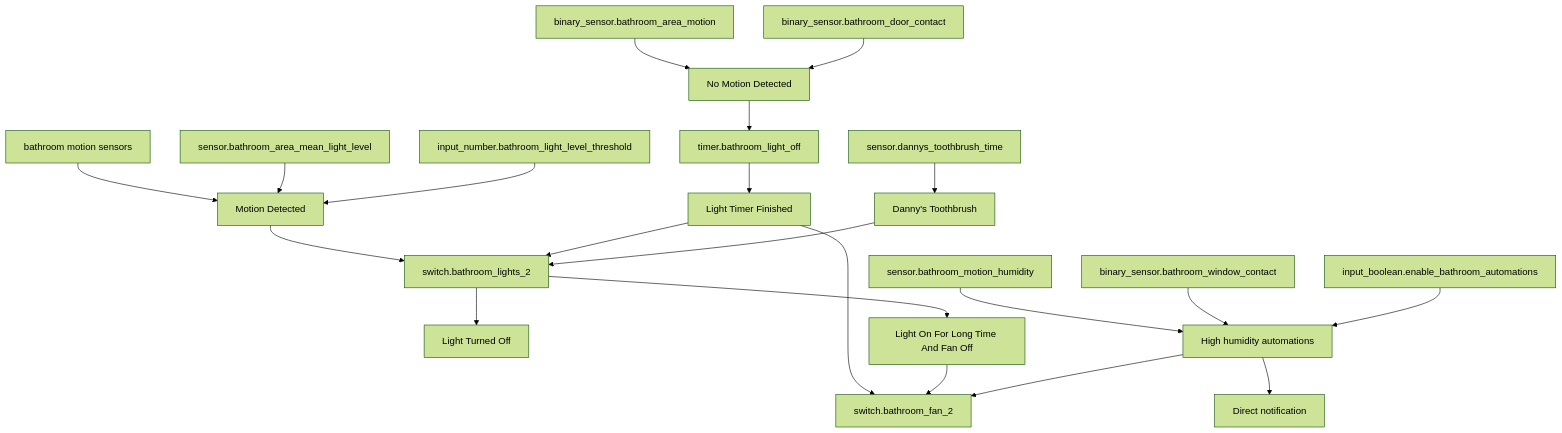
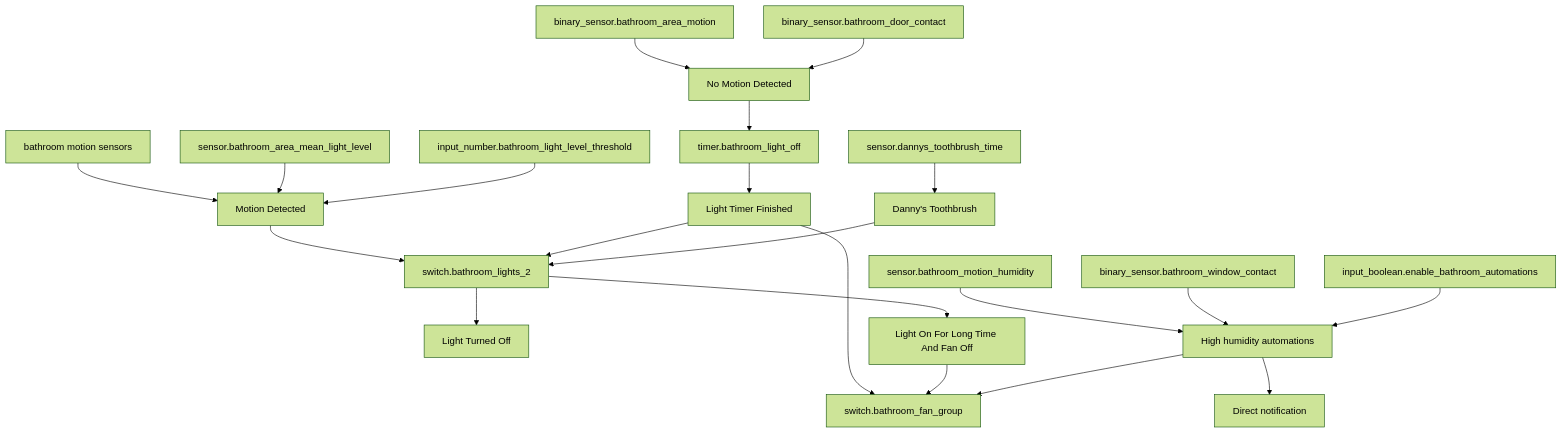
One commit to dannytsang/homeassistant-config changed the first of 2 diagrams in packages/rooms/bathroom_README.md. Above: the diagram before and after it, drawn with Mermaid (forest theme). The commit also changed other lines of this file and 14 other files, not shown here.

````diff
--- a/packages/rooms/bathroom_README.md
+++ b/packages/rooms/bathroom_README.md
@@ -27,24 +27,24 @@
 ```mermaid
 flowchart TB
     Motion[bathroom motion sensors] --> MotionAuto[Motion Detected]
     AreaMotion[binary_sensor.bathroom_area_motion] --> NoMotion[No Motion Detected]
     Door[binary_sensor.bathroom_door_contact] --> NoMotion
     LightLevel[sensor.bathroom_area_mean_light_level] --> MotionAuto
     Threshold[input_number.bathroom_light_level_threshold] --> MotionAuto
     Timer[timer.bathroom_light_off] --> TimerDone[Light Timer Finished]
     Light[switch.bathroom_lights_2] --> LightOff[Light Turned Off]
     Light --> LongLight[Light On For Long Time And Fan Off]
     Humidity[sensor.bathroom_motion_humidity] --> HumidityAuto[High humidity automations]
     Window[binary_sensor.bathroom_window_contact] --> HumidityAuto
     Enable[input_boolean.enable_bathroom_automations] --> HumidityAuto
     Toothbrush[sensor.dannys_toothbrush_time] --> ToothbrushAuto[Danny's Toothbrush]
 
     MotionAuto --> Light
     NoMotion --> Timer
     TimerDone --> Light
-    TimerDone --> Fan[switch.bathroom_fan_2]
+    TimerDone --> Fan[switch.bathroom_fan_group]
     LongLight --> Fan
     HumidityAuto --> Fan
     HumidityAuto --> Notify[Direct notification]
     ToothbrushAuto --> Light
 ```
````
